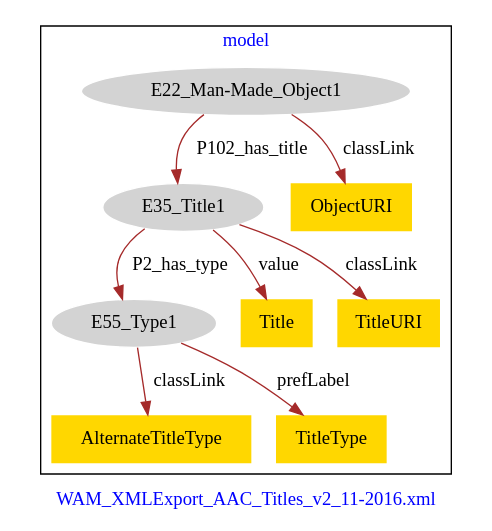
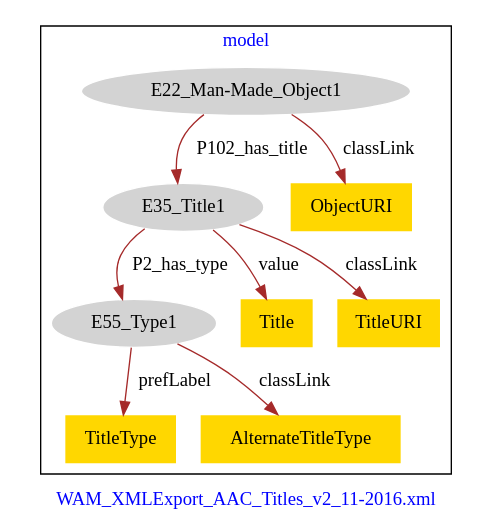
The diagram in WAM_AAC_Other_titles/WAM_AAC_Other_titles-model.dot (american-art/wam), drawn with Graphviz before and after one commit.

Commit message:
Update file WAM_AAC_Other_titles-model.dot

```diff
--- a/WAM_AAC_Other_titles/WAM_AAC_Other_titles-model.dot
+++ b/WAM_AAC_Other_titles/WAM_AAC_Other_titles-model.dot
@@ -1,23 +1,23 @@
 digraph n0 {
 fontcolor="blue"
 remincross="true"
 label="WAM_XMLExport_AAC_Titles_v2_11-2016.xml"
 subgraph cluster {
 label="model"
 n2[style="filled",color="white",fillcolor="lightgray",label="E22_Man-Made_Object1"];
 n3[style="filled",color="white",fillcolor="lightgray",label="E35_Title1"];
 n4[style="filled",color="white",fillcolor="lightgray",label="E55_Type1"];
-n5[shape="plaintext",style="filled",fillcolor="gold",label="Title"];
+n5[shape="plaintext",style="filled",fillcolor="gold",label="TitleType"];
 n6[shape="plaintext",style="filled",fillcolor="gold",label="AlternateTitleType"];
-n7[shape="plaintext",style="filled",fillcolor="gold",label="TitleType"];
-n8[shape="plaintext",style="filled",fillcolor="gold",label="ObjectURI"];
+n7[shape="plaintext",style="filled",fillcolor="gold",label="ObjectURI"];
+n8[shape="plaintext",style="filled",fillcolor="gold",label="Title"];
 n9[shape="plaintext",style="filled",fillcolor="gold",label="TitleURI"];
 }
 n2 -> n3[color="brown",fontcolor="black",label="P102_has_title"]
 n3 -> n4[color="brown",fontcolor="black",label="P2_has_type"]
-n3 -> n5[color="brown",fontcolor="black",label="value"]
+n4 -> n5[color="brown",fontcolor="black",label="prefLabel"]
 n4 -> n6[color="brown",fontcolor="black",label="classLink"]
-n4 -> n7[color="brown",fontcolor="black",label="prefLabel"]
-n2 -> n8[color="brown",fontcolor="black",label="classLink"]
+n2 -> n7[color="brown",fontcolor="black",label="classLink"]
+n3 -> n8[color="brown",fontcolor="black",label="value"]
 n3 -> n9[color="brown",fontcolor="black",label="classLink"]
 }
```
